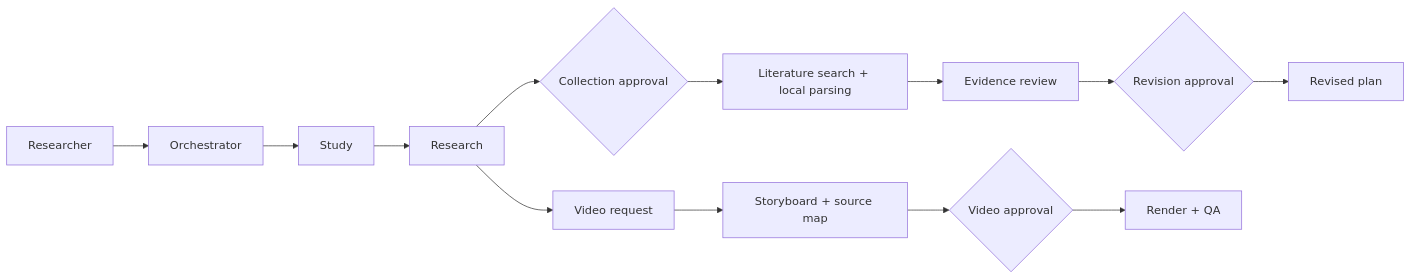
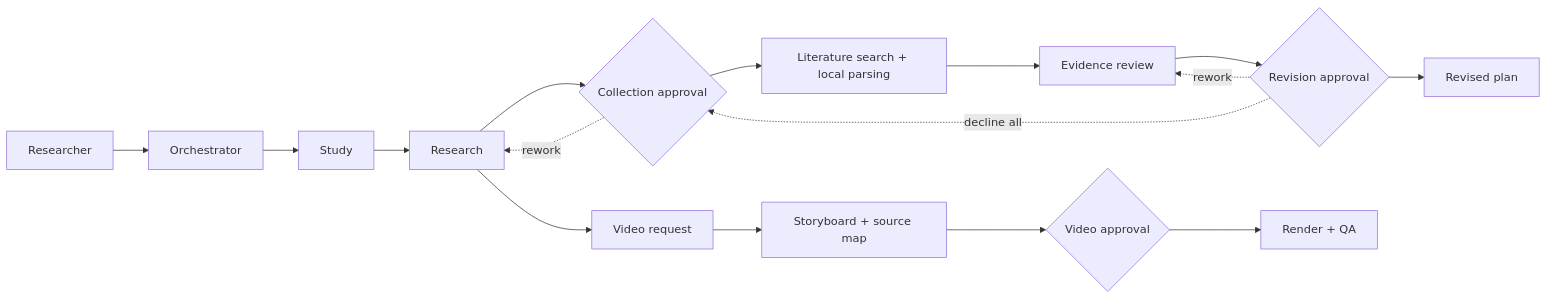
The diagram in docs/ARCHITECTURE.md (yangyeontae-blip/research-orchestrator-kit), drawn with Mermaid before and after one commit. The commit also changed other lines of this file and 36 other files, not shown here.

````diff
--- a/docs/ARCHITECTURE.md
+++ b/docs/ARCHITECTURE.md
@@ -5,15 +5,18 @@
 ```mermaid
 flowchart LR
   U[Researcher] --> O[Orchestrator]
+  G1 -. rework .-> R
+  G2 -. rework .-> R2
+  G2 -. decline all .-> G1
   O --> S[Study]
   S --> R[Research]
   R --> G1{Collection approval}
   G1 --> L[Literature search + local parsing]
   L --> R2[Evidence review]
   R2 --> G2{Revision approval}
   G2 --> RV[Revised plan]
   R --> VR[Video request]
   VR --> V1[Storyboard + source map]
   V1 --> G3{Video approval}
   G3 --> V2[Render + QA]
 ```
````
